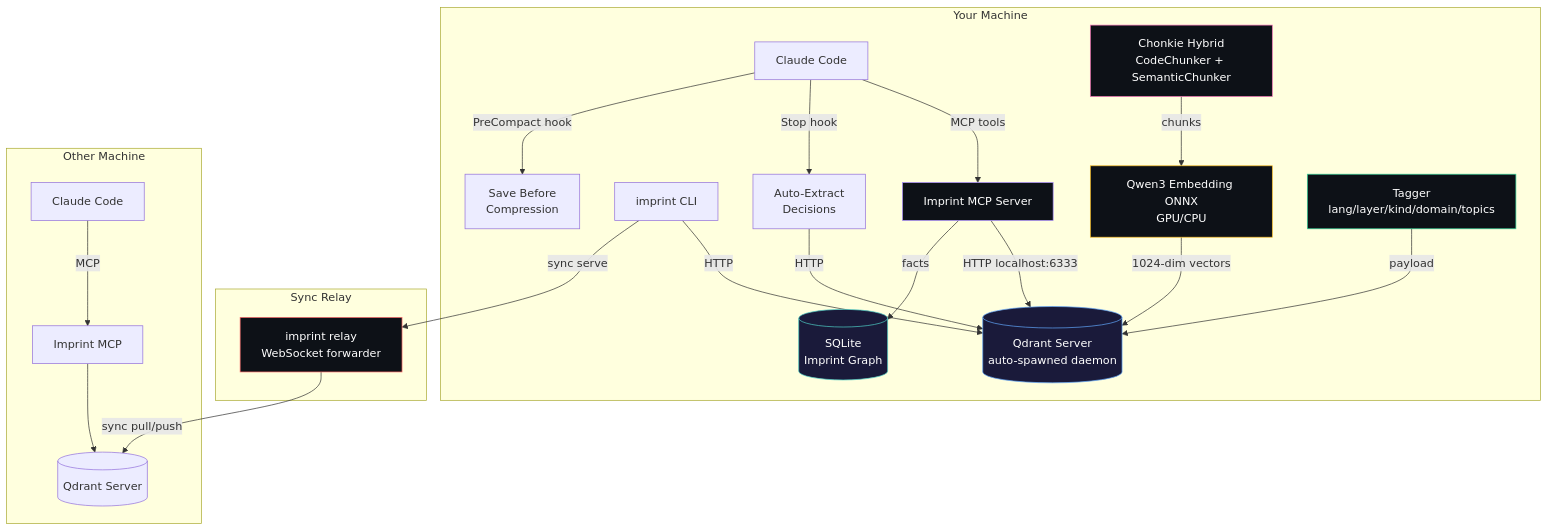
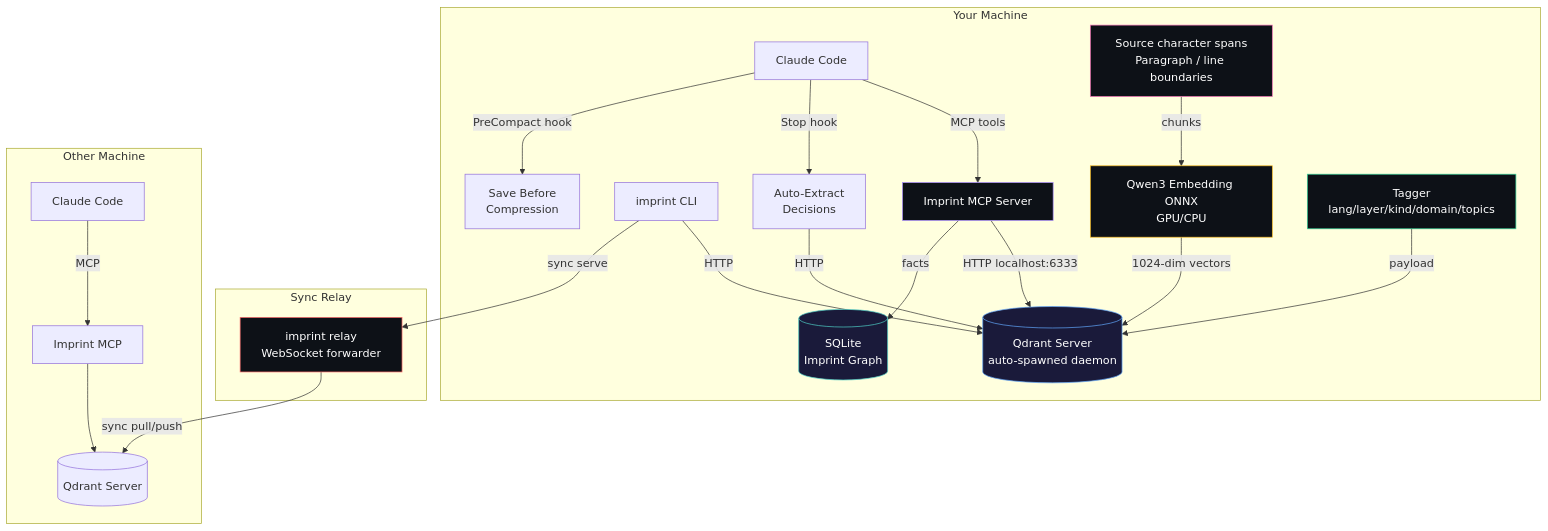
One commit to alexandruleca/imprint-memory-layer changed the diagram in README.md. Above: the diagram before and after it, drawn with Mermaid. The commit also changed other lines of this file and 47 other files, not shown here.

````diff
--- a/README.md
+++ b/README.md
@@ -51,35 +51,35 @@
 ```mermaid
 graph TB
     subgraph "Your Machine"
         CC[Claude Code] -->|MCP tools| MCP[Imprint MCP Server]
         MCP -->|HTTP localhost:6333| QDB[(Qdrant Server<br/>auto-spawned daemon)]
         MCP -->|facts| KG[(SQLite<br/>Imprint Graph)]
         CLI[imprint CLI] -->|HTTP| QDB
         CC -->|Stop hook| EXT[Auto-Extract<br/>Decisions]
         CC -->|PreCompact hook| SAVE[Save Before<br/>Compression]
         EXT -->|HTTP| QDB
         EMB[Qwen3 Embedding ONNX<br/>GPU/CPU] -->|1024-dim vectors| QDB
         TAG[Tagger<br/>lang/layer/kind/domain/topics] -->|payload| QDB
-        CHK[Chonkie Hybrid<br/>CodeChunker + SemanticChunker] -->|chunks| EMB
+        CHK[Source character spans<br/>Paragraph / line boundaries] -->|chunks| EMB
     end
 
     subgraph "Sync Relay"
         RELAY[imprint relay<br/>WebSocket forwarder]
     end
 
     subgraph "Other Machine"
         CC2[Claude Code] -->|MCP| MCP2[Imprint MCP]
         MCP2 --> QDB2[(Qdrant Server)]
     end
 
     CLI -->|sync serve| RELAY
     RELAY -->|sync pull/push| QDB2
 
     style QDB fill:#1a1a3a,stroke:#60a5fa,color:#fff
     style KG fill:#1a1a3a,stroke:#4ecdc4,color:#fff
     style MCP fill:#0d1117,stroke:#a78bfa,color:#fff
     style RELAY fill:#0d1117,stroke:#ff6b6b,color:#fff
     style EMB fill:#0d1117,stroke:#fbbf24,color:#fff
     style TAG fill:#0d1117,stroke:#34d399,color:#fff
     style CHK fill:#0d1117,stroke:#f472b6,color:#fff
 ```
````
